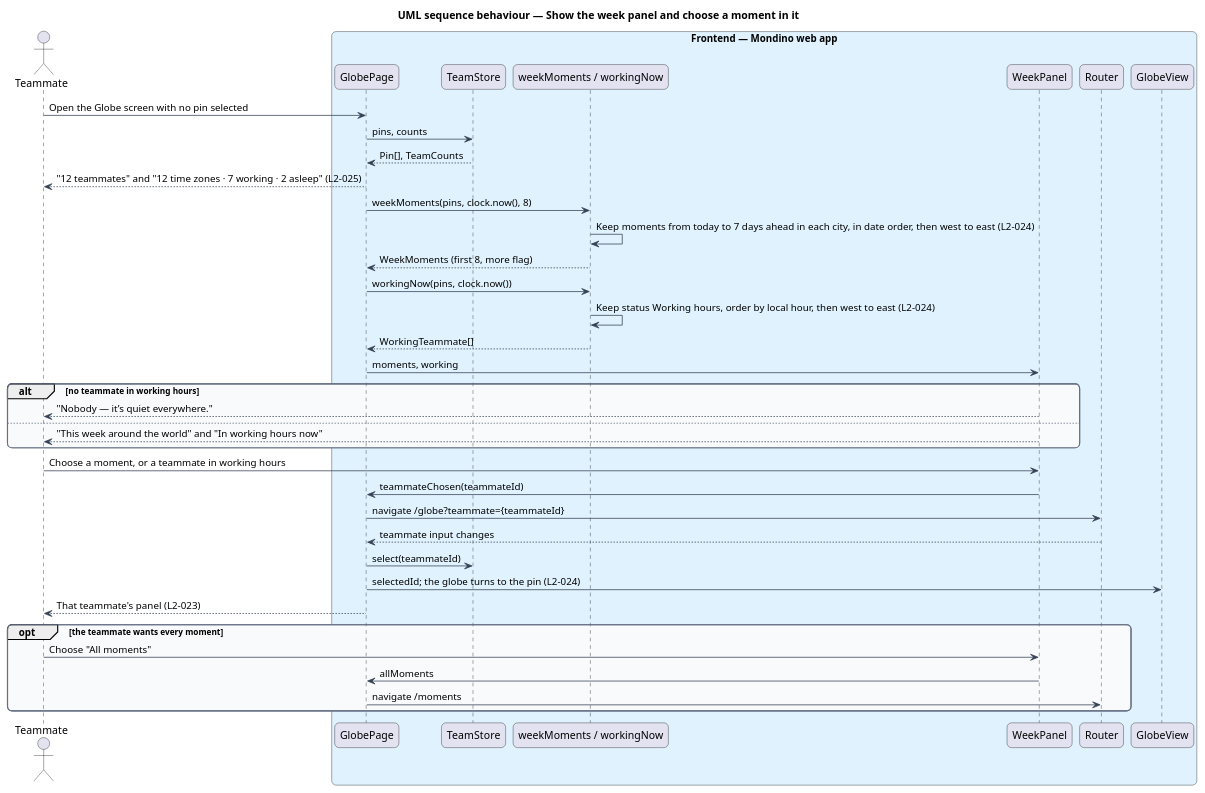
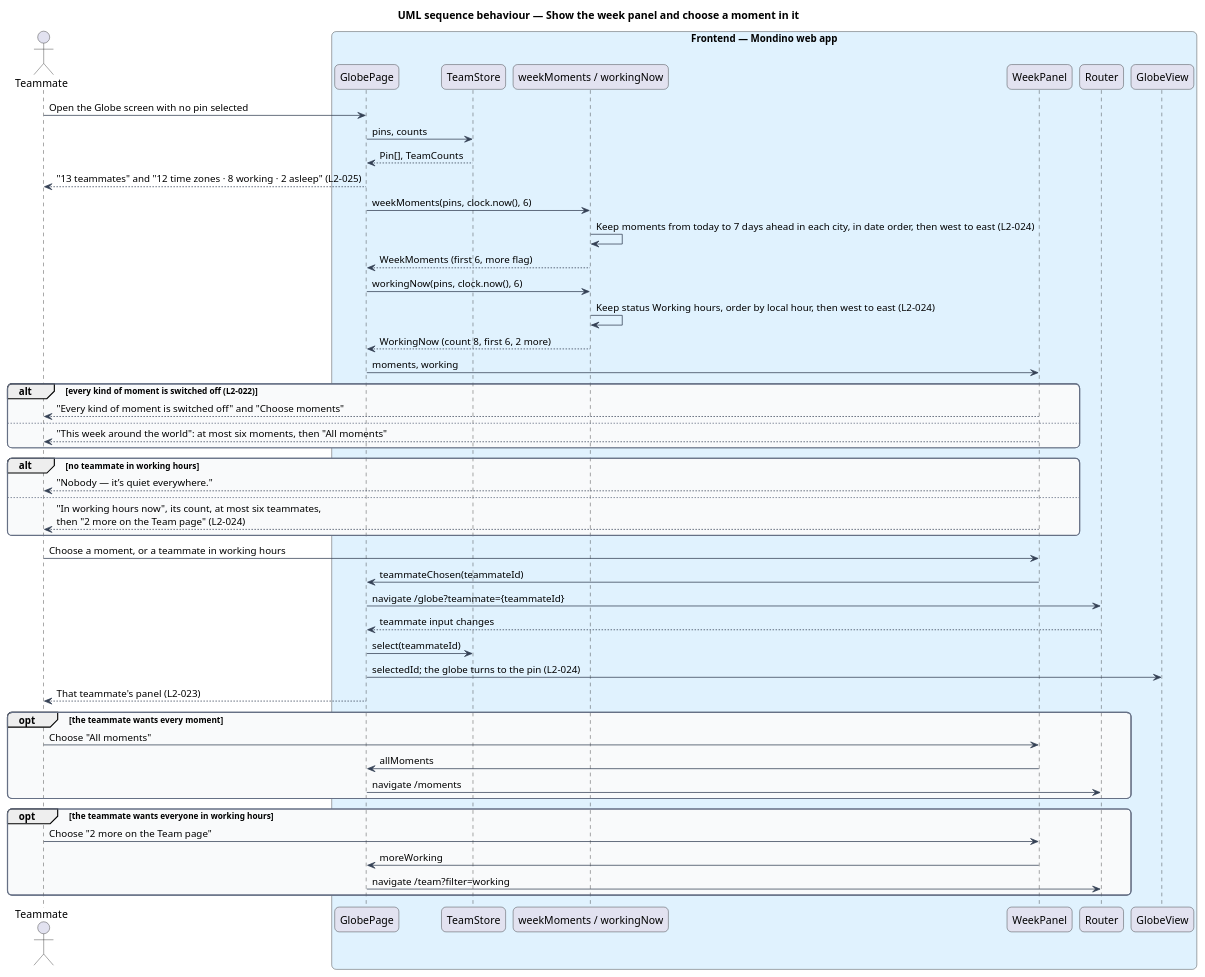
Before and after one commit to QuinntyneBrown/Mondino: the diagram in docs/detailed-designs/team/view-week-around-the-world/diagrams/sequence-choose-moment.puml, drawn with PlantUML. The commit also changed 184 other files, not shown here.

First line of the commit message:
Align the globe, time, weather, moments and team designs with the mocks

```diff
--- a/docs/detailed-designs/team/view-week-around-the-world/diagrams/sequence-choose-moment.puml
+++ b/docs/detailed-designs/team/view-week-around-the-world/diagrams/sequence-choose-moment.puml
@@ -1,54 +1,64 @@
 @startuml
 title UML sequence behaviour — Show the week panel and choose a moment in it
 skinparam backgroundColor #FFFFFF
 skinparam shadowing false
 skinparam roundcorner 12
 skinparam defaultFontName Arial
 skinparam ArrowColor #344054
 skinparam rectangle {
   BorderColor #344054
   FontColor #101828
 }
 skinparam package {
   BorderColor #667085
   FontColor #101828
   BackgroundColor #F9FAFB
 }
 actor "Teammate" as actor
 box "Frontend — Mondino web app" #E0F2FE
   participant "GlobePage" as page
   participant "TeamStore" as store
   participant "weekMoments / workingNow" as fn
   participant "WeekPanel" as panel
   participant "Router" as router
   participant "GlobeView" as globe
 end box
 actor -> page : Open the Globe screen with no pin selected
 page -> store : pins, counts
 store --> page : Pin[], TeamCounts
-page --> actor : "12 teammates" and "12 time zones · 7 working · 2 asleep" (L2-025)
-page -> fn : weekMoments(pins, clock.now(), 8)
+page --> actor : "13 teammates" and "12 time zones · 8 working · 2 asleep" (L2-025)
+page -> fn : weekMoments(pins, clock.now(), 6)
 fn -> fn : Keep moments from today to 7 days ahead in each city, in date order, then west to east (L2-024)
-fn --> page : WeekMoments (first 8, more flag)
-page -> fn : workingNow(pins, clock.now())
+fn --> page : WeekMoments (first 6, more flag)
+page -> fn : workingNow(pins, clock.now(), 6)
 fn -> fn : Keep status Working hours, order by local hour, then west to east (L2-024)
-fn --> page : WorkingTeammate[]
+fn --> page : WorkingNow (count 8, first 6, 2 more)
 page -> panel : moments, working
+alt every kind of moment is switched off (L2-022)
+  panel --> actor : "Every kind of moment is switched off" and "Choose moments"
+else
+  panel --> actor : "This week around the world": at most six moments, then "All moments"
+end
 alt no teammate in working hours
   panel --> actor : "Nobody — it’s quiet everywhere."
 else
-  panel --> actor : "This week around the world" and "In working hours now"
+  panel --> actor : "In working hours now", its count, at most six teammates,\nthen "2 more on the Team page" (L2-024)
 end
 actor -> panel : Choose a moment, or a teammate in working hours
 panel -> page : teammateChosen(teammateId)
 page -> router : navigate /globe?teammate={teammateId}
 router --> page : teammate input changes
 page -> store : select(teammateId)
 page -> globe : selectedId; the globe turns to the pin (L2-024)
 page --> actor : That teammate's panel (L2-023)
 opt the teammate wants every moment
   actor -> panel : Choose "All moments"
   panel -> page : allMoments
   page -> router : navigate /moments
 end
+opt the teammate wants everyone in working hours
+  actor -> panel : Choose "2 more on the Team page"
+  panel -> page : moreWorking
+  page -> router : navigate /team?filter=working
+end
 @enduml
```
